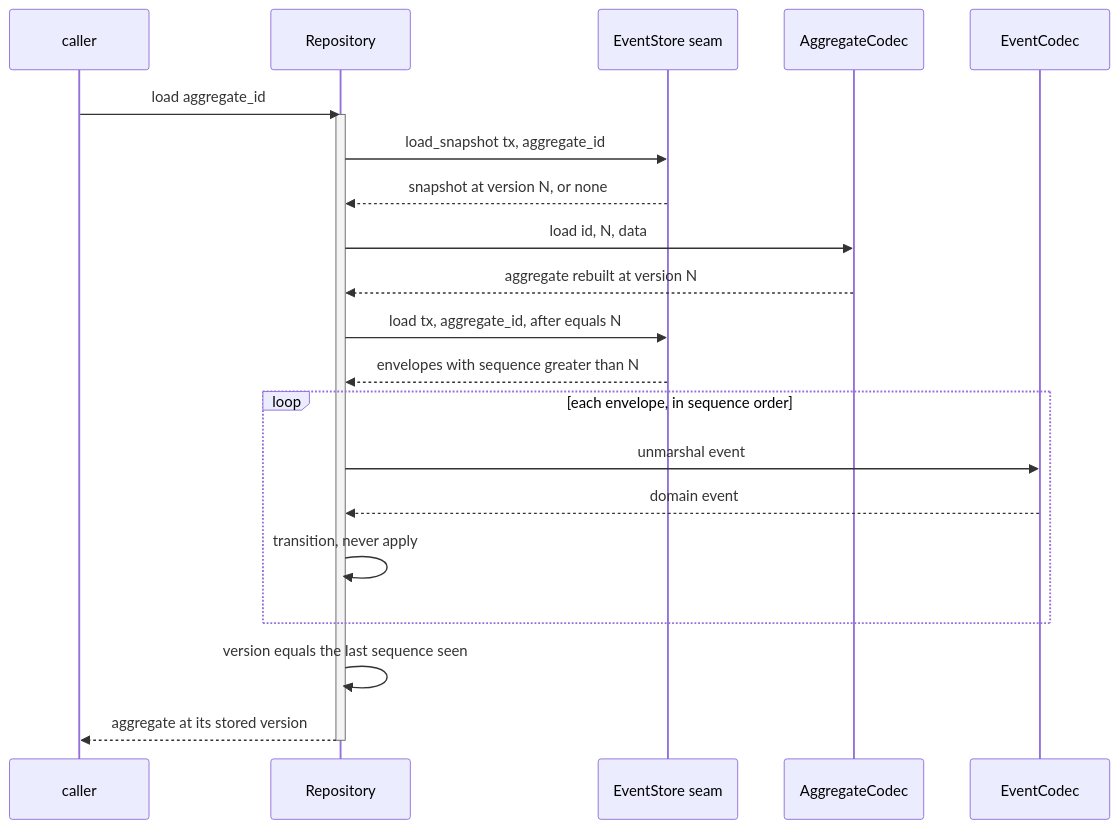
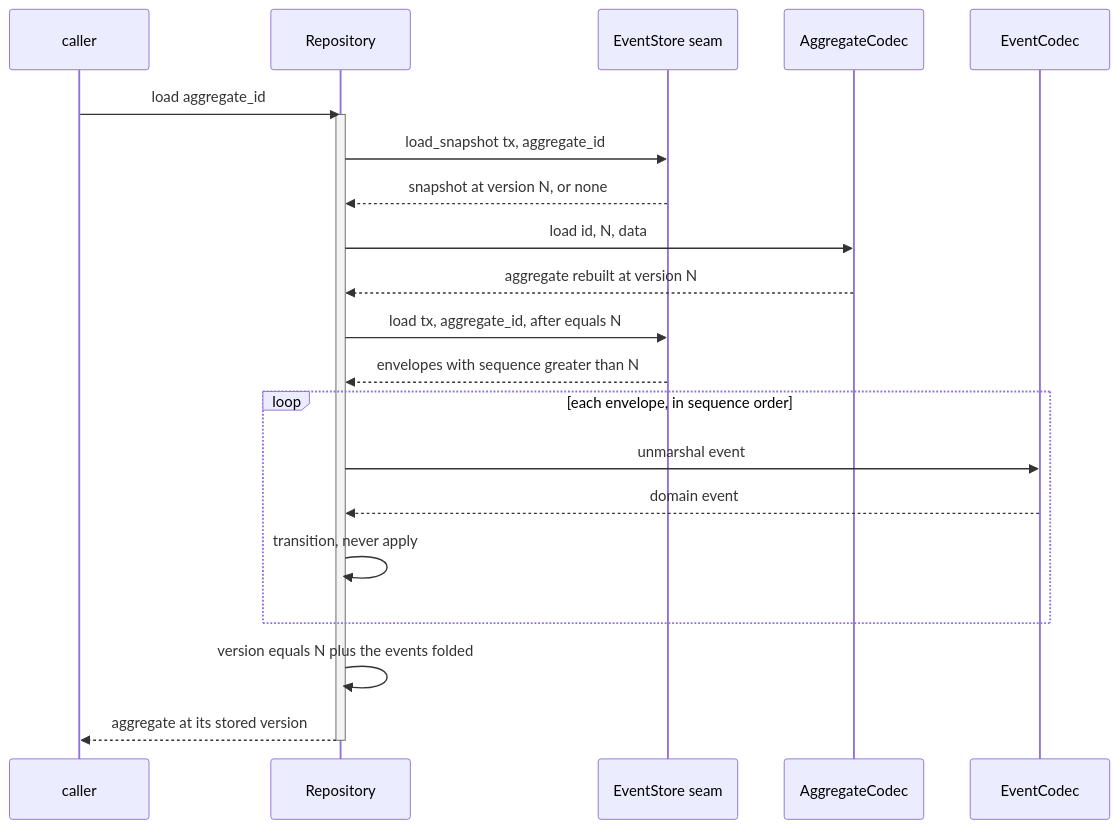
One commit to haskian/edax changed the second of 4 diagrams in docs/sdk/aggregates.md. Above: the diagram before and after it, drawn with Mermaid. The commit also changed other lines of this file and 117 other files, not shown here.

````diff
--- a/docs/sdk/aggregates.md
+++ b/docs/sdk/aggregates.md
@@ -122,25 +122,25 @@
 ```mermaid
 sequenceDiagram
     participant C as caller
     participant R as Repository
     participant S as EventStore seam
     participant AC as AggregateCodec
     participant EC as EventCodec
 
     C->>R: load aggregate_id
     activate R
     R->>S: load_snapshot tx, aggregate_id
     S-->>R: snapshot at version N, or none
     R->>AC: load id, N, data
     AC-->>R: aggregate rebuilt at version N
     R->>S: load tx, aggregate_id, after equals N
     S-->>R: envelopes with sequence greater than N
     loop each envelope, in sequence order
         R->>EC: unmarshal event
         EC-->>R: domain event
         R->>R: transition, never apply
     end
-    R->>R: version equals the last sequence seen
+    R->>R: version equals N plus the events folded
     R-->>C: aggregate at its stored version
     deactivate R
 ```
````
